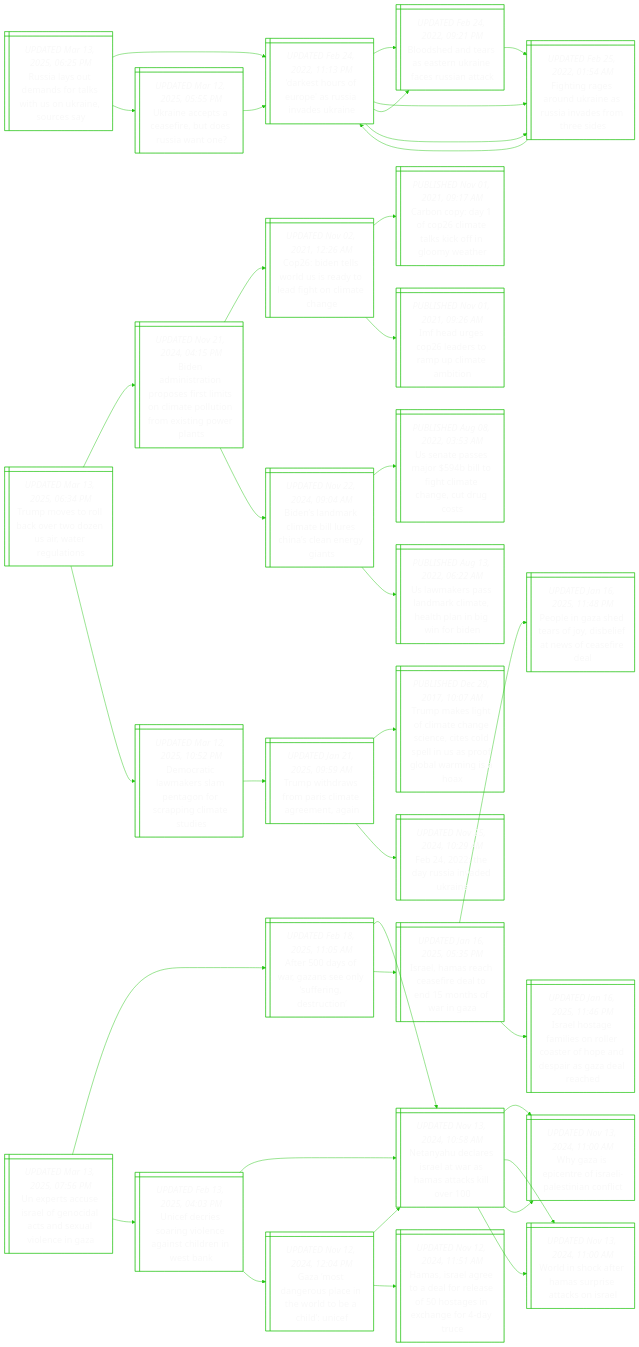
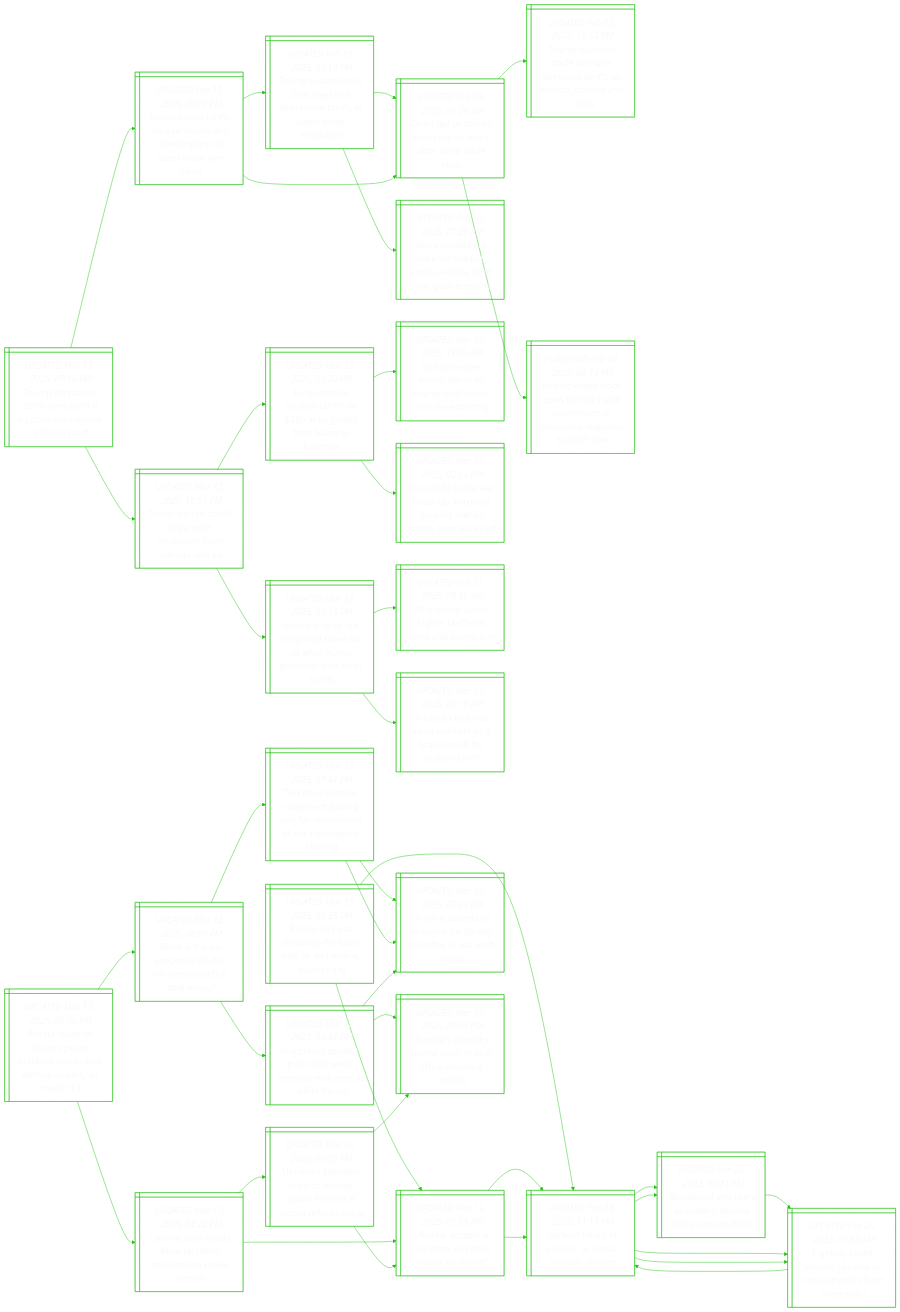
Before and after one commit to notJmes/notJmes: the diagram in README.md, drawn with Mermaid. The commit also changed other lines of this file, not shown here.

````diff
--- a/README.md
+++ b/README.md
@@ -15,6 +15,52 @@
 %%{init: {'theme':'base', 'themeVariables': {'primaryColor': "transparent", 'primaryTextColor': "#F9F9F9", 'lineColor': "#20C20E", 'primaryBorderColor':'#20C20E'}}}%%
 flowchart LR
 classDef txtsize font-size:20px;
+
+Tttirferekr@{ shape: win-pane, label: "_UPDATED Mar 13, 2025, 09:16 PM_
+Trump threatens 200% wine tariff if eu does not remove whiskey tariff" }
+Trsfanneonsds@{ shape: win-pane, label: "_UPDATED Feb 11, 2025, 06:19 PM_
+Trump raises tariffs on aluminium and steel imports in latest trade war salvo" }
+Ttosauuinsdao@{ shape: win-pane, label: "_UPDATED Feb 10, 2025, 09:10 PM_
+Trump to announce 25% steel and aluminium tariffs in latest trade escalation" }
+Opmogiodet@{ shape: win-pane, label: "_UPDATED Feb 08, 2025, 05:26 AM_
+Open up! us comes knocking on asia’s door amid trade reset" }
+MolneasUnirto@{ shape: win-pane, label: "_UPDATED Feb 10, 2025, 07:20 AM_
+More volatility in store for markets amid us-china tariff war, gaza tensions" }
+Opmogiodet@{ shape: win-pane, label: "_UPDATED Feb 08, 2025, 05:26 AM_
+Open up! us comes knocking on asia’s door amid trade reset" }
+Tlharsiroinnn@{ shape: win-pane, label: "_UPDATED Feb 02, 2025, 10:59 PM_
+Trump launches trade war with sweeping tariffs on mexico, canada and china" }
+Bnprflthoeeptik@{ shape: win-pane, label: "_PUBLISHED Feb 02, 2025, 08:14 PM_
+Beijing keeps door open for talks with washington in measured response to tariff hike" }
+Tmsfafaioad@{ shape: win-pane, label: "_UPDATED Mar 12, 2025, 10:53 PM_
+Trump metals tariffs draw swift retaliation from canada and eu" }
+EmceinSsbtr@{ shape: win-pane, label: "_UPDATED Mar 12, 2025, 03:20 PM_
+Eu to impose counter tariffs on $38b in us goods from boats to bourbon" }
+Uienrrachhn@{ shape: win-pane, label: "_UPDATED Mar 12, 2025, 11:05 AM_
+Us businesses sound alarm as trump tariff chaos hits the economy" }
+UaarsTdeartaf@{ shape: win-pane, label: "_UPDATED Mar 12, 2025, 02:55 PM_
+Us-canada trade war heats up as trump doubles metals tariffs, then backs off" }
+AauuiaeaTpetei@{ shape: win-pane, label: "_UPDATED Mar 12, 2025, 03:18 PM_
+Australia rules out reciprocal move on us after trump proceeds with steel tariffs" }
+Wungasedi@{ shape: win-pane, label: "_UPDATED Feb 12, 2025, 08:36 AM_
+Why trump wants higher tariffs on steel and aluminium" }
+Aaooneicsomr@{ shape: win-pane, label: "_UPDATED Mar 11, 2025, 09:16 PM_
+Australia looks to asian markets as it braces itself for trump’s tariffs" }
+
+Tttirferekr:::txtsize --> Trsfanneonsds:::txtsize
+Trsfanneonsds:::txtsize --> Ttosauuinsdao:::txtsize
+Ttosauuinsdao:::txtsize --> Opmogiodet:::txtsize
+Ttosauuinsdao:::txtsize --> MolneasUnirto:::txtsize
+Trsfanneonsds:::txtsize --> Opmogiodet:::txtsize
+Opmogiodet:::txtsize --> Tlharsiroinnn:::txtsize
+Opmogiodet:::txtsize --> Bnprflthoeeptik:::txtsize
+Tttirferekr:::txtsize --> Tmsfafaioad:::txtsize
+Tmsfafaioad:::txtsize --> EmceinSsbtr:::txtsize
+EmceinSsbtr:::txtsize --> Uienrrachhn:::txtsize
+EmceinSsbtr:::txtsize --> UaarsTdeartaf:::txtsize
+Tmsfafaioad:::txtsize --> AauuiaeaTpetei:::txtsize
+AauuiaeaTpetei:::txtsize --> Wungasedi:::txtsize
+AauuiaeaTpetei:::txtsize --> Aaooneicsomr:::txtsize
 
 Raomfltnius@{ shape: win-pane, label: "_UPDATED Mar 13, 2025, 06:25 PM_
 Russia lays out demands for talks with us on ukraine, sources say" }
@@ -47,87 +93,47 @@
 DsruasvUn:::txtsize --> Bsnranicsak:::txtsize
 DsruasvUn:::txtsize --> Figokesnsts:::txtsize
 
-UecIlnasevnG@{ shape: win-pane, label: "_UPDATED Mar 13, 2025, 07:56 PM_
-Un experts accuse israel of genocidal acts and sexual violence in gaza" }
-Adfaslfgro@{ shape: win-pane, label: "_UPDATED Feb 18, 2025, 11:05 AM_
-After 500 days of war, gazans see only ‘suffering, destruction’" }
-NyeeawHakl@{ shape: win-pane, label: "_UPDATED Nov 13, 2024, 10:58 AM_
-Netanyahu declares israel at war as hamas attacks kill over 100" }
-WzptIleint@{ shape: win-pane, label: "_UPDATED Nov 13, 2024, 11:00 AM_
-Why gaza is epicentre of israeli-palestinian conflict" }
-Wiceapaks@{ shape: win-pane, label: "_UPDATED Nov 13, 2024, 11:00 AM_
-World in shock after hamas surprise attacks on israel" }
-Ilshedoooia@{ shape: win-pane, label: "_UPDATED Jan 16, 2025, 05:35 PM_
-Israel, hamas reach ceasefire deal to end 15 months of war in gaza" }
-Pezdsyeasarl@{ shape: win-pane, label: "_UPDATED Jan 16, 2025, 11:48 PM_
-People in gaza shed tears of joy, disbelief at news of ceasefire deal" }
-Ilamslorpdiaac@{ shape: win-pane, label: "_UPDATED Jan 16, 2025, 11:46 PM_
-Israel hostage families on roller coaster of hope and despair as gaza deal reached" }
-UfiavnacrWa@{ shape: win-pane, label: "_UPDATED Feb 13, 2025, 04:03 PM_
-Unicef decries soaring violence against children in west bank" }
-NyeeawHakl@{ shape: win-pane, label: "_UPDATED Nov 13, 2024, 10:58 AM_
-Netanyahu declares israel at war as hamas attacks kill over 100" }
-WzptIleint@{ shape: win-pane, label: "_UPDATED Nov 13, 2024, 11:00 AM_
-Why gaza is epicentre of israeli-palestinian conflict" }
-Wiceapaks@{ shape: win-pane, label: "_UPDATED Nov 13, 2024, 11:00 AM_
-World in shock after hamas surprise attacks on israel" }
-Gonuchlelc@{ shape: win-pane, label: "_UPDATED Nov 12, 2024, 12:04 PM_
-Gaza ‘most dangerous place in the world to be a child’: unicef" }
-NyeeawHakl@{ shape: win-pane, label: "_UPDATED Nov 13, 2024, 10:58 AM_
-Netanyahu declares israel at war as hamas attacks kill over 100" }
-HIleerahgenrr@{ shape: win-pane, label: "_UPDATED Nov 12, 2024, 11:51 AM_
-Hamas, israel agree to a deal for release of 50 hostages in exchange for 4-day truce" }
+Rayspiaoaiala@{ shape: win-pane, label: "_UPDATED Mar 13, 2025, 07:36 PM_
+Russia ready to discuss peace initiative on ukraine with us as early as march 13" }
+WsSoaaeiau@{ shape: win-pane, label: "_UPDATED Mar 12, 2025, 08:09 PM_
+What is the us-proposed 30-day ukraine ceasefire deal about?" }
+Tfrsmawrmndlna@{ shape: win-pane, label: "_UPDATED Mar 12, 2025, 07:41 PM_
+Text of us-ukraine statement paving way for resumption of aid, intelligence sharing" }
+UneSoocfnis@{ shape: win-pane, label: "_UPDATED Mar 12, 2025, 07:31 PM_
+Ukraine accepts us proposal for 30-day ceasefire in war with russia" }
+UneSoocfnis@{ shape: win-pane, label: "_UPDATED Mar 12, 2025, 07:31 PM_
+Ukraine accepts us proposal for 30-day ceasefire in war with russia" }
+TmePtelyoWH@{ shape: win-pane, label: "_UPDATED Mar 12, 2025, 04:41 PM_
+Trump may speak to putin this week, zelensky welcome at white house" }
+UneSoocfnis@{ shape: win-pane, label: "_UPDATED Mar 12, 2025, 07:31 PM_
+Ukraine accepts us proposal for 30-day ceasefire in war with russia" }
+Unlyphaiogh@{ shape: win-pane, label: "_UPDATED Mar 01, 2025, 01:05 PM_
+Ukraine’s zelensky, trump clash in oval office shouting match" }
+Unsiweceam@{ shape: win-pane, label: "_UPDATED Mar 13, 2025, 04:22 PM_
+Ukraine says russia blew up teens recruited to make bombs" }
+Unecfusit@{ shape: win-pane, label: "_UPDATED Mar 12, 2025, 05:55 PM_
+Ukraine accepts a ceasefire, but does russia want one?" }
+DsruasvUn@{ shape: win-pane, label: "_UPDATED Feb 24, 2022, 11:13 PM_
+'darkest hours of europe' as russia invades ukraine" }
+UnlycrcfSsese@{ shape: win-pane, label: "_UPDATED Mar 13, 2025, 06:05 PM_
+Ukraine’s zelensky expects ‘strong’ action from us if russia refuses truce" }
+Unlyphaiogh@{ shape: win-pane, label: "_UPDATED Mar 01, 2025, 01:05 PM_
+Ukraine’s zelensky, trump clash in oval office shouting match" }
+Unecfusit@{ shape: win-pane, label: "_UPDATED Mar 12, 2025, 05:55 PM_
+Ukraine accepts a ceasefire, but does russia want one?" }
 
-UecIlnasevnG:::txtsize --> Adfaslfgro:::txtsize
-Adfaslfgro:::txtsize --> NyeeawHakl:::txtsize
-NyeeawHakl:::txtsize --> WzptIleint:::txtsize
-NyeeawHakl:::txtsize --> Wiceapaks:::txtsize
-Adfaslfgro:::txtsize --> Ilshedoooia:::txtsize
-Ilshedoooia:::txtsize --> Pezdsyeasarl:::txtsize
-Ilshedoooia:::txtsize --> Ilamslorpdiaac:::txtsize
-UecIlnasevnG:::txtsize --> UfiavnacrWa:::txtsize
-UfiavnacrWa:::txtsize --> NyeeawHakl:::txtsize
-NyeeawHakl:::txtsize --> WzptIleint:::txtsize
-NyeeawHakl:::txtsize --> Wiceapaks:::txtsize
-UfiavnacrWa:::txtsize --> Gonuchlelc:::txtsize
-Gonuchlelc:::txtsize --> NyeeawHakl:::txtsize
-Gonuchlelc:::txtsize --> HIleerahgenrr:::txtsize
-
-Tmtloweieuo@{ shape: win-pane, label: "_UPDATED Mar 13, 2025, 06:34 PM_
-Trump moves to roll back over two dozen us air, water regulations" }
-Baitresictlneiwa@{ shape: win-pane, label: "_UPDATED Nov 21, 2024, 04:15 PM_
-Biden administration proposes first limits on climate pollution from existing power plants" }
-Cdlridegctn@{ shape: win-pane, label: "_UPDATED Nov 02, 2021, 12:26 AM_
-Cop26: biden tells world us is ready to lead fight on climate change" }
-CnDCitkflwe@{ shape: win-pane, label: "_PUBLISHED Nov 01, 2021, 09:17 AM_
-Carbon copy: day 1 of cop26 climate talks kick off in gloomy weather" }
-Iaelracti@{ shape: win-pane, label: "_PUBLISHED Nov 01, 2021, 09:26 AM_
-Imf head urges cop26 leaders to ramp up climate ambition" }
-BsmlelCsngn@{ shape: win-pane, label: "_UPDATED Nov 22, 2024, 09:04 AM_
-Biden’s landmark climate bill lures china’s clean energy giants" }
-UasaBotaaugs@{ shape: win-pane, label: "_PUBLISHED Aug 08, 2022, 03:53 AM_
-Us senate passes major $594b bill to fight climate change, cut drug costs" }
-Umslaihhiwrn@{ shape: win-pane, label: "_PUBLISHED Aug 13, 2022, 06:22 AM_
-Us lawmakers pass landmark climate, health plan in big win for biden" }
-Drlklnnciise@{ shape: win-pane, label: "_UPDATED Mar 12, 2025, 10:52 PM_
-Democratic lawmakers slam pentagon for scrapping climate studies" }
-Twrrriamg@{ shape: win-pane, label: "_UPDATED Jan 21, 2025, 09:59 AM_
-Trump withdraws from paris climate agreement, again" }
-Tmlomhscedlaobria@{ shape: win-pane, label: "_PUBLISHED Dec 29, 2017, 10:07 AM_
-Trump makes light of climate change science, cites cold spell in us as proof global warming is a hoax" }
-Feuiea@{ shape: win-pane, label: "_UPDATED Nov 25, 2024, 10:29 AM_
-Feb 24, 2022: the day russia invaded ukraine" }
-
-Tmtloweieuo:::txtsize --> Baitresictlneiwa:::txtsize
-Baitresictlneiwa:::txtsize --> Cdlridegctn:::txtsize
-Cdlridegctn:::txtsize --> CnDCitkflwe:::txtsize
-Cdlridegctn:::txtsize --> Iaelracti:::txtsize
-Baitresictlneiwa:::txtsize --> BsmlelCsngn:::txtsize
-BsmlelCsngn:::txtsize --> UasaBotaaugs:::txtsize
-BsmlelCsngn:::txtsize --> Umslaihhiwrn:::txtsize
-Tmtloweieuo:::txtsize --> Drlklnnciise:::txtsize
-Drlklnnciise:::txtsize --> Twrrriamg:::txtsize
-Twrrriamg:::txtsize --> Tmlomhscedlaobria:::txtsize
-Twrrriamg:::txtsize --> Feuiea:::txtsize
+Rayspiaoaiala:::txtsize --> WsSoaaeiau:::txtsize
+WsSoaaeiau:::txtsize --> Tfrsmawrmndlna:::txtsize
+Tfrsmawrmndlna:::txtsize --> UneSoocfnis:::txtsize
+Tfrsmawrmndlna:::txtsize --> UneSoocfnis:::txtsize
+WsSoaaeiau:::txtsize --> TmePtelyoWH:::txtsize
+TmePtelyoWH:::txtsize --> UneSoocfnis:::txtsize
+TmePtelyoWH:::txtsize --> Unlyphaiogh:::txtsize
+Rayspiaoaiala:::txtsize --> Unsiweceam:::txtsize
+Unsiweceam:::txtsize --> Unecfusit:::txtsize
+Unecfusit:::txtsize --> DsruasvUn:::txtsize
+Unsiweceam:::txtsize --> UnlycrcfSsese:::txtsize
+UnlycrcfSsese:::txtsize --> Unlyphaiogh:::txtsize
+UnlycrcfSsese:::txtsize --> Unecfusit:::txtsize
 
 ```
````
